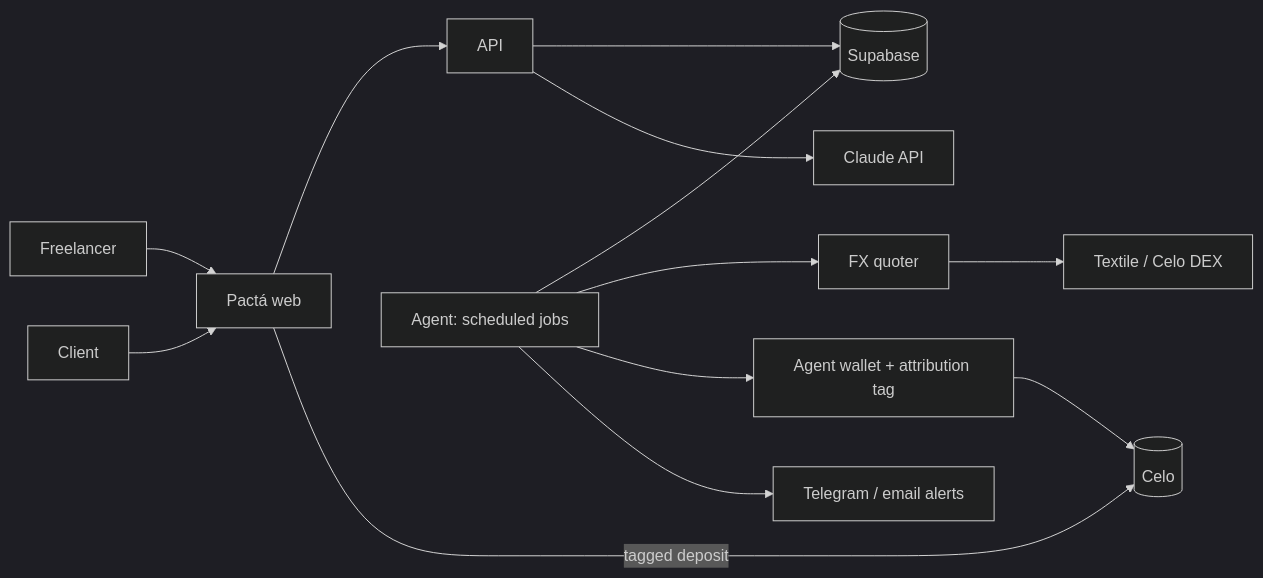
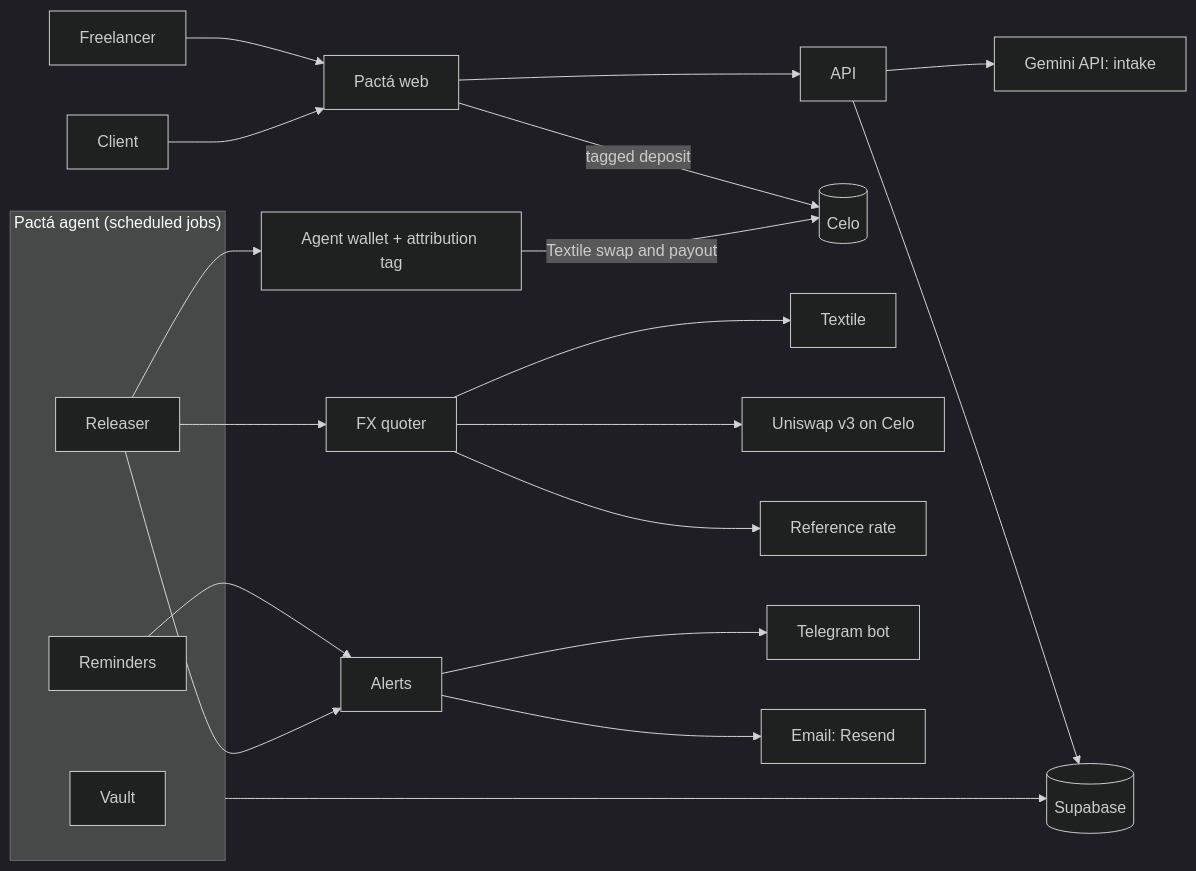
The second of 3 diagrams in README.md (marianelavflora/pacta), drawn with Mermaid (dark theme) before and after one commit. The commit also changed other lines of this file, not shown here.

````diff
--- a/README.md
+++ b/README.md
@@ -56,15 +58,25 @@
 ```mermaid
 flowchart LR
   F[Freelancer] --> W[Pactá web]
   C[Client] --> W
   W --> API[API]
+  API --> IA[Gemini API: intake]
   API --> DB[(Supabase)]
-  API --> IA[Claude API]
-  AG[Agent: scheduled jobs] --> DB
-  AG --> FX[FX quoter]
-  FX --> TX[Textile / Celo DEX]
-  AG --> WAL[Agent wallet + attribution tag]
-  WAL --> CELO[(Celo)]
-  W -- tagged deposit --> CELO
-  AG --> N[Telegram / email alerts]
+  W -- tagged deposit --> CELO[(Celo)]
+  subgraph Agent["Pactá agent (scheduled jobs)"]
+    VAULT[Vault]
+    REM[Reminders]
+    REL[Releaser]
+  end
+  Agent --> DB
+  REL --> FX[FX quoter]
+  FX --> TXQ[Textile]
+  FX --> UNI[Uniswap v3 on Celo]
+  FX --> REF[Reference rate]
+  REL --> WAL[Agent wallet + attribution tag]
+  WAL -- Textile swap and payout --> CELO
+  REM --> N[Alerts]
+  REL --> N
+  N --> TG[Telegram bot]
+  N --> EM[Email: Resend]
 ```
````
